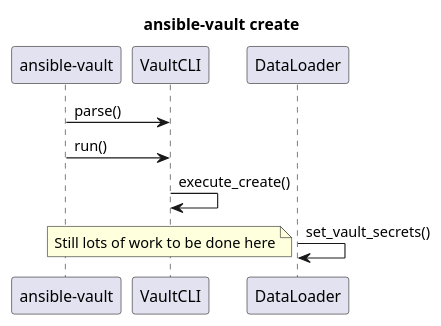
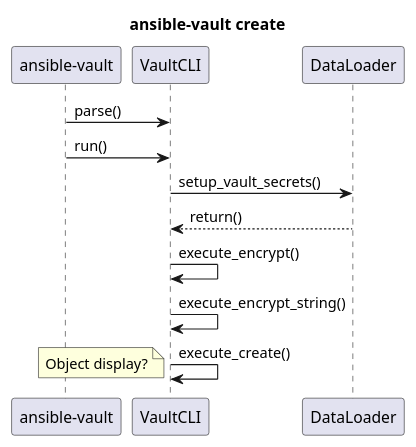
One commit to ezequiels/nazz changed the diagram in project/uml/ansible-vault-sequence.puml. Above: the diagram before and after it, drawn with PlantUML.

Commit message:
Update ansible-vault-sequence.puml
Some changes... very simple run

```diff
--- a/project/uml/ansible-vault-sequence.puml
+++ b/project/uml/ansible-vault-sequence.puml
@@ -1,9 +1,12 @@
 @startuml
 title ansible-vault create
 participant "ansible-vault"
 "ansible-vault"->VaultCLI: parse()
 "ansible-vault"->VaultCLI: run()
+VaultCLI->DataLoader: setup_vault_secrets()
+VaultCLI<--DataLoader: return()
+VaultCLI->VaultCLI: execute_encrypt()
+VaultCLI->VaultCLI: execute_encrypt_string()
 VaultCLI->VaultCLI: execute_create()
-DataLoader->DataLoader: set_vault_secrets()
-note left: Still lots of work to be done here
+note left: Object display?
 @enduml
```
